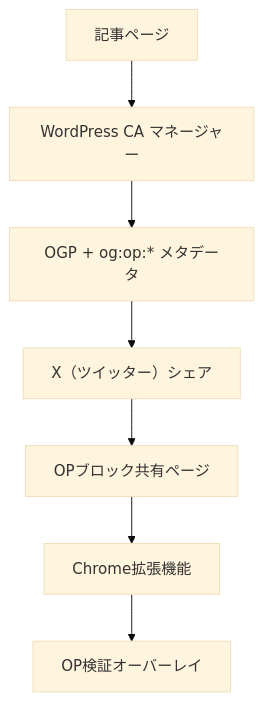
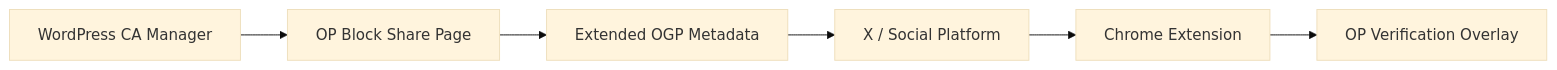
The third of 4 diagrams in README.md (yoshid8s/opg-ca-extension), drawn with Mermaid (base theme) before and after one commit. The commit also changed other lines of this file, not shown here.

````diff
--- a/README.md
+++ b/README.md
@@ -243,19 +242,16 @@
 ```mermaid
-flowchart TD
+flowchart LR
 
-A[記事ページ]
-B[WordPress CA マネージャー]
-C[OGP + og:op:* メタデータ]
-D[X（ツイッター）シェア]
-E[OPブロック共有ページ]
-F[Chrome拡張機能]
-G[OP検証オーバーレイ]
+A[WordPress CA Manager]
+B[OP Block Share Page]
+C[Extended OGP Metadata]
+D[X / Social Platform]
+E[Chrome Extension]
+F[OP Verification Overlay]
 
 A --> B
 B --> C
 C --> D
 D --> E
 E --> F
-F --> G
-
 ```
````
